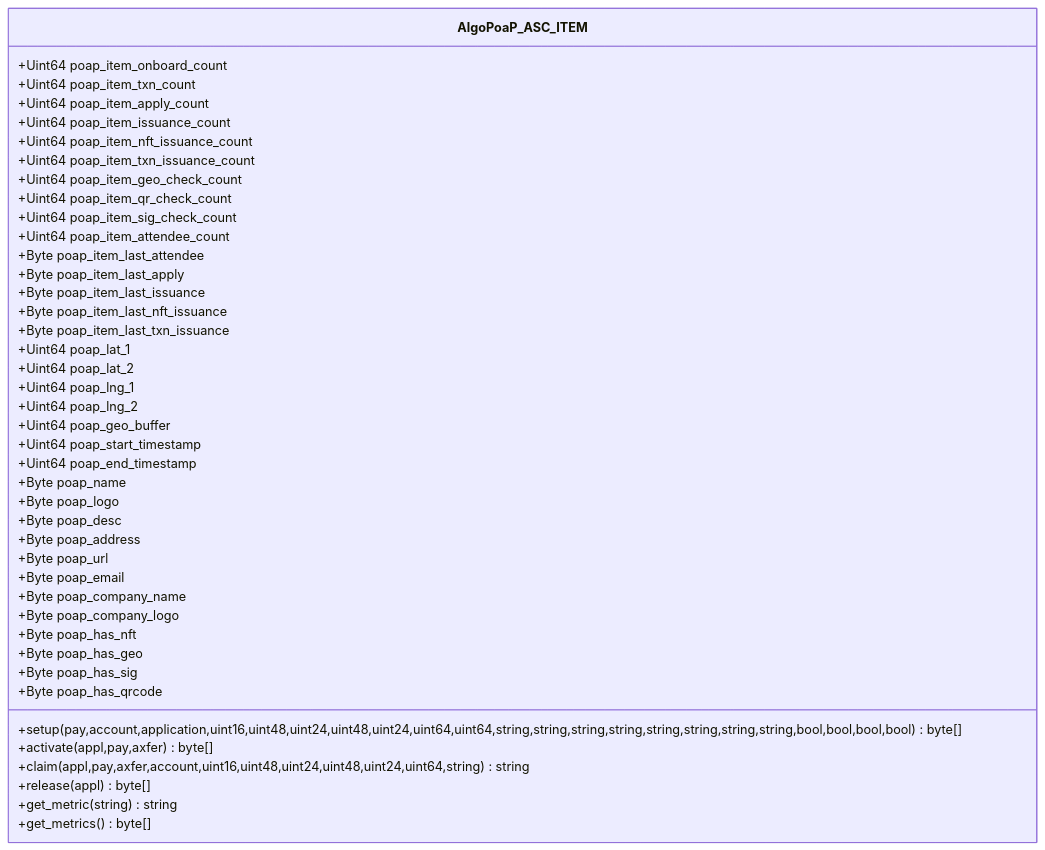
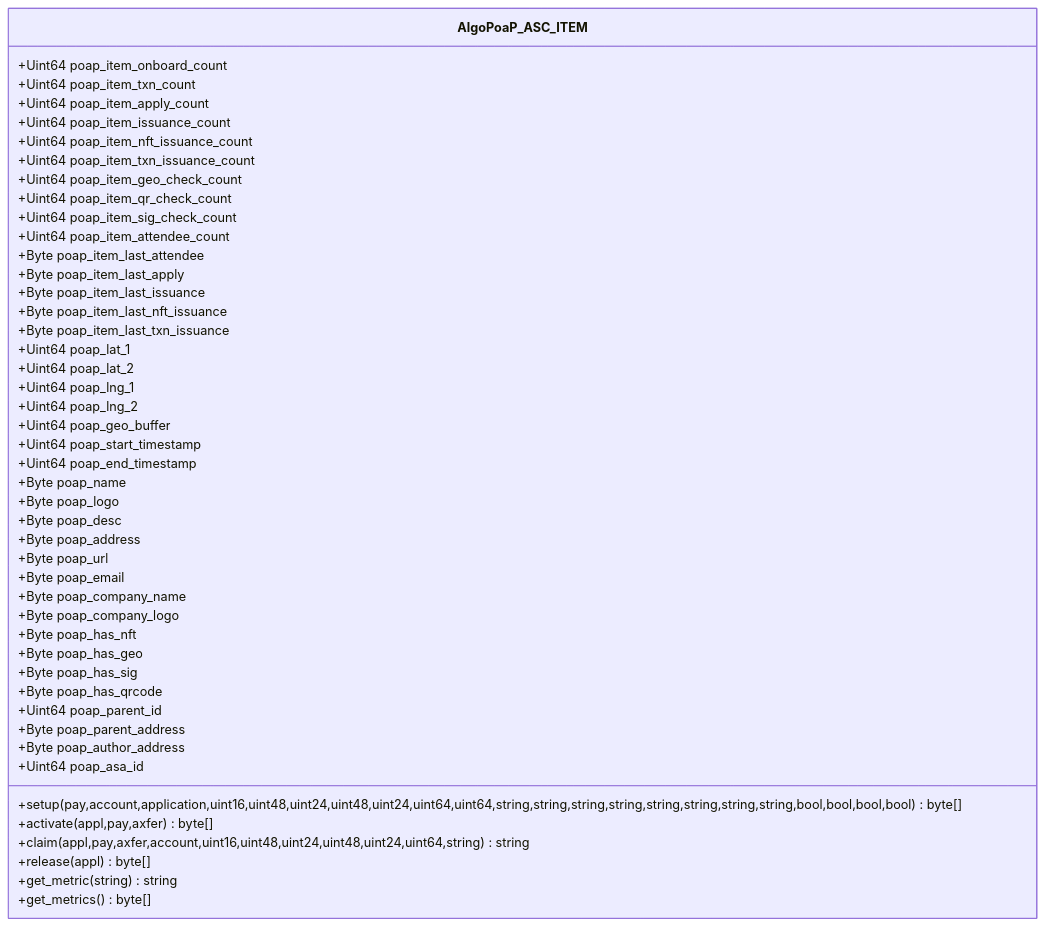
Before and after one commit to GoPlausible/.github: the tenth of 10 diagrams in profile/README.md, drawn with Mermaid.

````diff
--- a/profile/README.md
+++ b/profile/README.md
@@ -594,53 +594,57 @@
 ```mermaid
   classDiagram
     class AlgoPoaP_ASC_ITEM
     AlgoPoaP_ASC_ITEM : +Uint64 poap_item_onboard_count
     AlgoPoaP_ASC_ITEM : +Uint64 poap_item_txn_count
     AlgoPoaP_ASC_ITEM : +Uint64 poap_item_apply_count
     AlgoPoaP_ASC_ITEM : +Uint64 poap_item_issuance_count
     AlgoPoaP_ASC_ITEM : +Uint64 poap_item_nft_issuance_count
     AlgoPoaP_ASC_ITEM : +Uint64 poap_item_txn_issuance_count
 
     AlgoPoaP_ASC_ITEM : +Uint64 poap_item_geo_check_count
     AlgoPoaP_ASC_ITEM : +Uint64 poap_item_qr_check_count
     AlgoPoaP_ASC_ITEM : +Uint64 poap_item_sig_check_count
 
     AlgoPoaP_ASC_ITEM : +Uint64 poap_item_attendee_count
     AlgoPoaP_ASC_ITEM : +Byte poap_item_last_attendee
     AlgoPoaP_ASC_ITEM : +Byte poap_item_last_apply
     AlgoPoaP_ASC_ITEM : +Byte poap_item_last_issuance
     AlgoPoaP_ASC_ITEM : +Byte poap_item_last_nft_issuance
     AlgoPoaP_ASC_ITEM : +Byte poap_item_last_txn_issuance
 
 
     AlgoPoaP_ASC_ITEM : +Uint64 poap_lat_1
     AlgoPoaP_ASC_ITEM : +Uint64 poap_lat_2
     AlgoPoaP_ASC_ITEM : +Uint64 poap_lng_1
     AlgoPoaP_ASC_ITEM : +Uint64 poap_lng_2
     AlgoPoaP_ASC_ITEM : +Uint64 poap_geo_buffer
     AlgoPoaP_ASC_ITEM : +Uint64 poap_start_timestamp
     AlgoPoaP_ASC_ITEM : +Uint64 poap_end_timestamp
     AlgoPoaP_ASC_ITEM : +Byte poap_name
     AlgoPoaP_ASC_ITEM : +Byte poap_logo
     AlgoPoaP_ASC_ITEM : +Byte poap_desc
     AlgoPoaP_ASC_ITEM : +Byte poap_address
     AlgoPoaP_ASC_ITEM : +Byte poap_url
     AlgoPoaP_ASC_ITEM : +Byte poap_email
     AlgoPoaP_ASC_ITEM : +Byte poap_company_name
     AlgoPoaP_ASC_ITEM : +Byte poap_company_logo
     AlgoPoaP_ASC_ITEM : +Byte poap_has_nft
     AlgoPoaP_ASC_ITEM : +Byte poap_has_geo
     AlgoPoaP_ASC_ITEM : +Byte poap_has_sig
     AlgoPoaP_ASC_ITEM : +Byte poap_has_qrcode
 
+    AlgoPoaP_ASC_ITEM : +Uint64 poap_parent_id
+    AlgoPoaP_ASC_ITEM : +Byte poap_parent_address
+    AlgoPoaP_ASC_ITEM : +Byte poap_author_address
+    AlgoPoaP_ASC_ITEM : +Uint64 poap_asa_id
 
     AlgoPoaP_ASC_ITEM : +setup(pay,account,application,uint16,uint48,uint24,uint48,uint24,uint64,uint64,string,string,string,string,string,string,string,string,bool,bool,bool,bool)byte[]
     AlgoPoaP_ASC_ITEM : +activate(appl,pay,axfer)byte[]
     AlgoPoaP_ASC_ITEM : +claim(appl,pay,axfer,account,uint16,uint48,uint24,uint48,uint24,uint64,string)string
     AlgoPoaP_ASC_ITEM : +release(appl)byte[]
     AlgoPoaP_ASC_ITEM : +get_metric(string)string
     AlgoPoaP_ASC_ITEM : +get_metrics()byte[]
     
   
     
 ```
````
